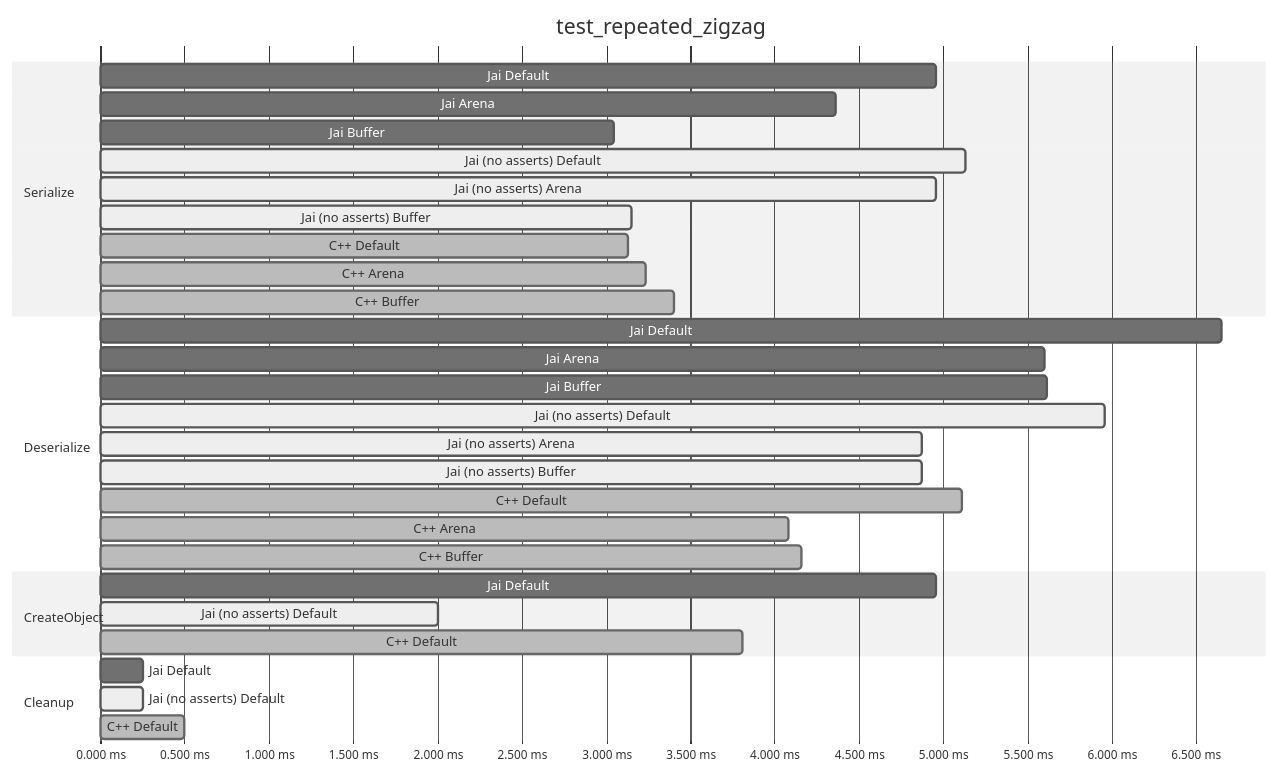
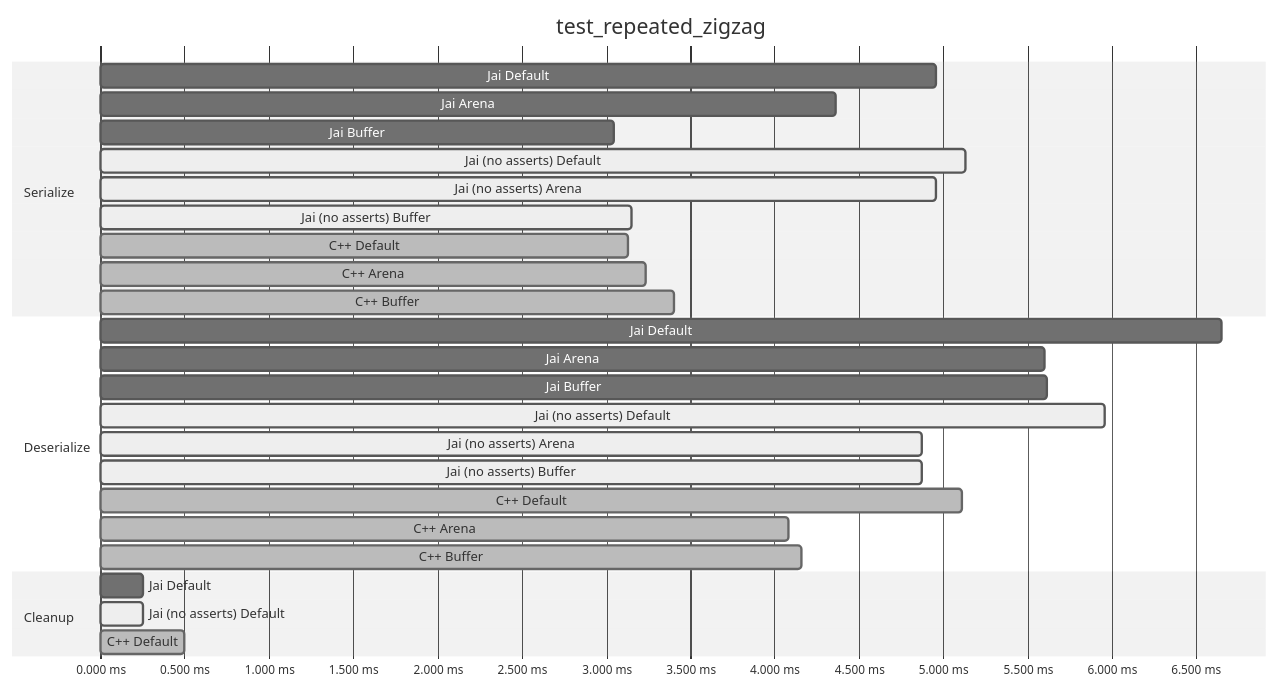
One commit to segcore/jai-protobuf-timings changed the second of 7 diagrams in README.md. Above: the diagram before and after it, drawn with Mermaid (neutral theme). The commit also changed other lines of this file and 1 other file, not shown here.

Commit message:
Ignore CreateObject for plots, objects can be created in many ways.

````diff
--- a/README.md
+++ b/README.md
@@ -51,34 +47,30 @@
 ```mermaid
 gantt
     title test_repeated_zigzag
     dateFormat x
     axisFormat %s.%L ms
     section Serialize
         Jai Default : 0, 4.960173s
         Jai Arena : 0, 4.362225s
         Jai Buffer : 0, 3.042585s
         Jai (no asserts) Default :active, 0, 5.134602s
         Jai (no asserts) Arena :active, 0, 4.960659s
         Jai (no asserts) Buffer :active, 0, 3.153309s
         C++ Default :done, 0, 3.131891s
         C++ Arena :done, 0, 3.23374s
         C++ Buffer :done, 0, 3.406066s
     section Deserialize
         Jai Default : 0, 6.651107s
         Jai Arena : 0, 5.59883s
         Jai Buffer : 0, 5.618107s
         Jai (no asserts) Default :active, 0, 5.961678s
         Jai (no asserts) Arena :active, 0, 4.873041s
         Jai (no asserts) Buffer :active, 0, 4.87481s
         C++ Default :done, 0, 5.11038s
         C++ Arena :done, 0, 4.079433s
         C++ Buffer :done, 0, 4.16002s
-    section CreateObject
-        Jai Default : 0, 4.958642s
-        Jai (no asserts) Default :active, 0, 2.001665s
-        C++ Default :done, 0, 3.811991s
     section Cleanup
         Jai Default : 0, 0.250407s
         Jai (no asserts) Default :active, 0, 0.250871s
         C++ Default :done, 0, 0.500755s
 ```
````
